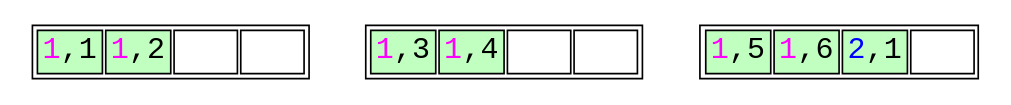
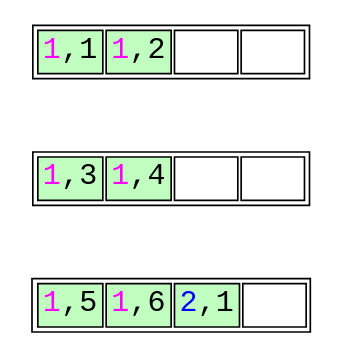
The diagram in unoptimized-leaf-page-split-1.dot (petergeoghegan/pg_query_internals), drawn with Graphviz before and after one commit. The commit also changed 5 other files, not shown here.

```diff
--- a/unoptimized-leaf-page-split-1.dot
+++ b/unoptimized-leaf-page-split-1.dot
@@ -1,48 +1,52 @@
 // Example B-Tree graph
 //
 // Breadth-first order
 //
 // Start from root, go left to right
 //
 // Workflow:
 //
 // $ dot -T svg btree.dot -o btree.svg;
 
 digraph nbtree {
 graph [fontname = "monospace"];
 node [shape = none,height=.1,fontname = "monospace",fontsize=18];
 // Level 0 (leaf level)
 leafnode_2[ label=<<table>
                     <tr>
                         <td bgcolor='darkseagreen1' port="t2"><font color="magenta">1</font>,1</td>
                         <td bgcolor='darkseagreen1' port="t3"><font color="magenta">1</font>,2</td>
                         <td bgcolor='white' port="t3">   </td>
                         <td bgcolor='white' port="t3">   </td>
                     </tr>
                 </table>
                >
         ];
+edge[style=invis];
+"leafnode_2" -> "leafnode_3"
 leafnode_3[ label=<<table>
                     <tr>
                         <td bgcolor='darkseagreen1' port="t4"><font color="magenta">1</font>,3</td>
                         <td bgcolor='darkseagreen1' port="t4"><font color="magenta">1</font>,4</td>
                         <td bgcolor='white' port="t3">   </td>
                         <td bgcolor='white' port="t3">   </td>
                     </tr>
                 </table>
                >
         ];
+edge[style=invis];
+"leafnode_3" -> "leafnode_4"
 leafnode_4[ label=<<table>
                     <tr>
                         <td bgcolor='darkseagreen1' port="t4"><font color="magenta">1</font>,5</td>
                         <td bgcolor='darkseagreen1' port="t4"><font color="magenta">1</font>,6</td>
                         <td bgcolor='darkseagreen1' port="t4"><font color="blue">2</font>,1</td>
                         <td bgcolor='white' port="t3">   </td>
                     </tr>
                 </table>
                >
         ];
 //Force alignment from root to internal to leaf levels:
 //edge[style=invis];
 //"rootnode":d1 -> "leafnode_2":t2
 }
```
